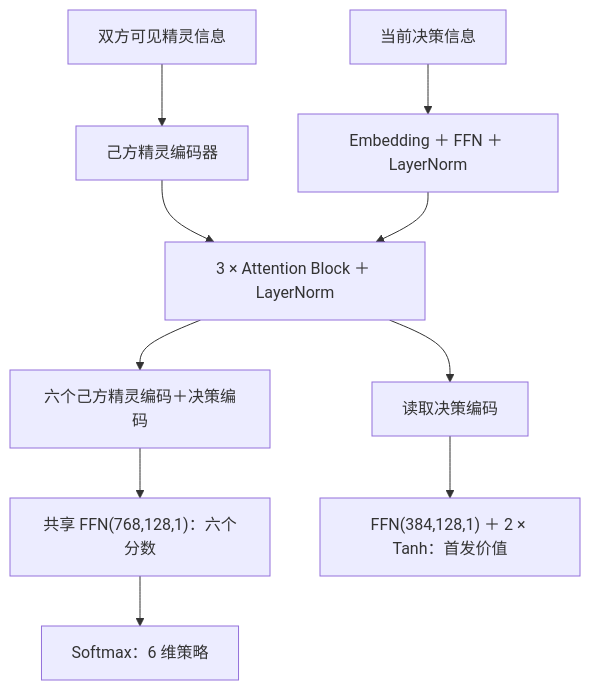
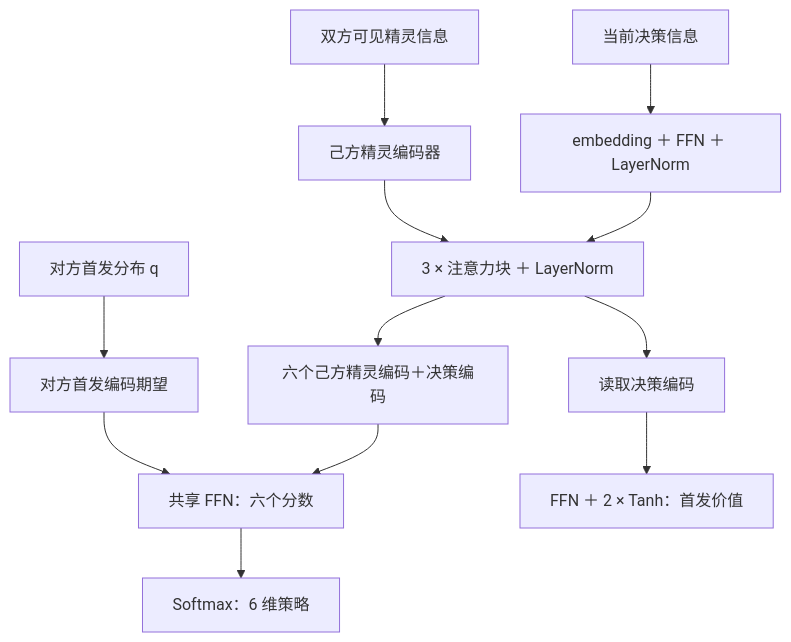
The fourth of 5 diagrams in MODEL_DESIGN.md (GroundbreakerLhy/Alpha-Roco), drawn with Mermaid before and after one commit. The commit also changed other lines of this file and 41 other files, not shown here.

````diff
--- a/MODEL_DESIGN.md
+++ b/MODEL_DESIGN.md
@@ -140,12 +173,14 @@
 ```mermaid
 flowchart TB
     I["双方可见精灵信息"] --> E["己方精灵编码器"]
-    D["当前决策信息"] --> DE["Embedding ＋ FFN ＋ LayerNorm"]
-    E --> A["3 × Attention Block ＋ LayerNorm"]
+    D["当前决策信息"] --> DE["embedding ＋ FFN ＋ LayerNorm"]
+    E --> A["3 × 注意力块 ＋ LayerNorm"]
     DE --> A
     A --> P["六个己方精灵编码＋决策编码"]
-    P --> S["共享 FFN(768,128,1)：六个分数"]
+    Q["对方首发分布 q"] --> QE["对方首发编码期望"]
+    QE --> S["共享 FFN：六个分数"]
+    P --> S
     S --> O["Softmax：6 维策略"]
     A --> G["读取决策编码"]
-    G --> V["FFN(384,128,1) ＋ 2 × Tanh：首发价值"]
+    G --> V["FFN ＋ 2 × Tanh：首发价值"]
 ```
````
